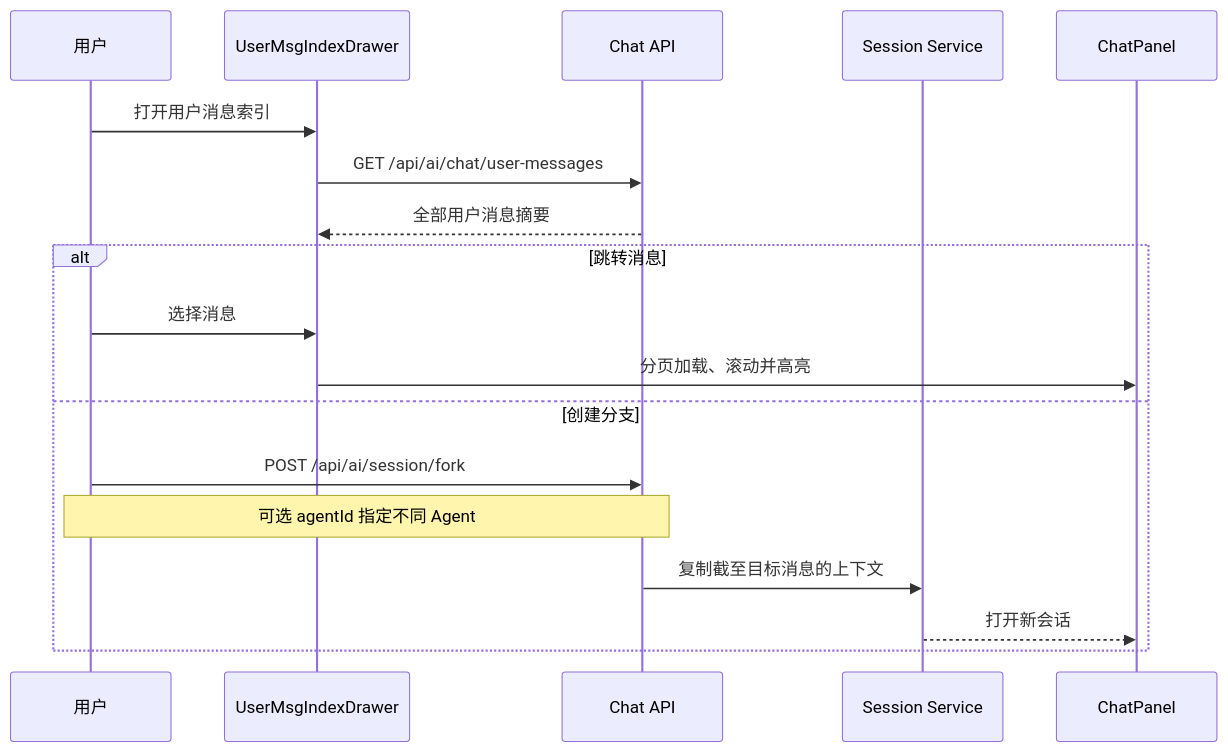
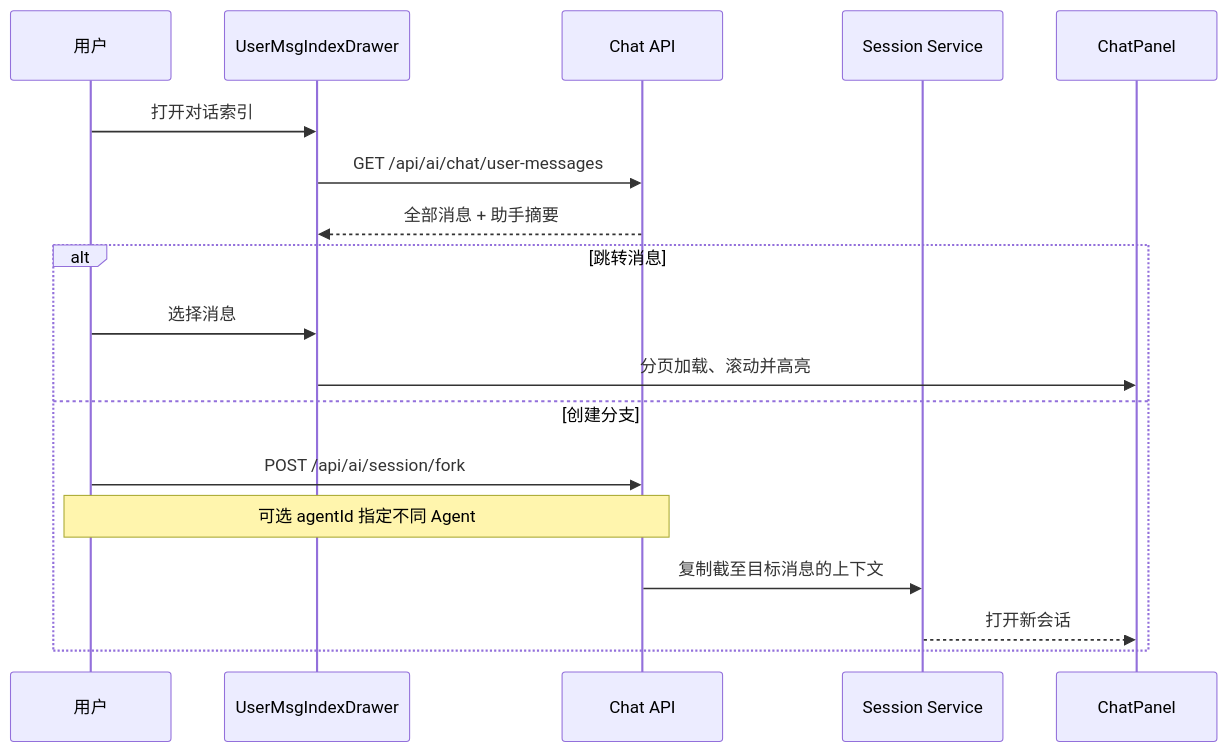
One commit to clawbench-dev/clawbench changed the diagram in docs/spec/features/session-navigation.md. Above: the diagram before and after it, drawn with Mermaid. The commit also changed other lines of this file and 4 other files, not shown here.

````diff
--- a/docs/spec/features/session-navigation.md
+++ b/docs/spec/features/session-navigation.md
@@ -9,21 +9,21 @@
 ```mermaid
 sequenceDiagram
     participant 用户
     participant UserMsgIndexDrawer
     participant Chat API
     participant Session Service
     participant ChatPanel
 
-    用户->>UserMsgIndexDrawer: 打开用户消息索引
+    用户->>UserMsgIndexDrawer: 打开对话索引
     UserMsgIndexDrawer->>Chat API: GET /api/ai/chat/user-messages
-    Chat API-->>UserMsgIndexDrawer: 全部用户消息摘要
+    Chat API-->>UserMsgIndexDrawer: 全部消息 + 助手摘要
     alt 跳转消息
         用户->>UserMsgIndexDrawer: 选择消息
         UserMsgIndexDrawer->>ChatPanel: 分页加载、滚动并高亮
     else 创建分支
         用户->>Chat API: POST /api/ai/session/fork
         Note over 用户,Chat API: 可选 agentId 指定不同 Agent
         Chat API->>Session Service: 复制截至目标消息的上下文
         Session Service-->>ChatPanel: 打开新会话
     end
 ```
````
